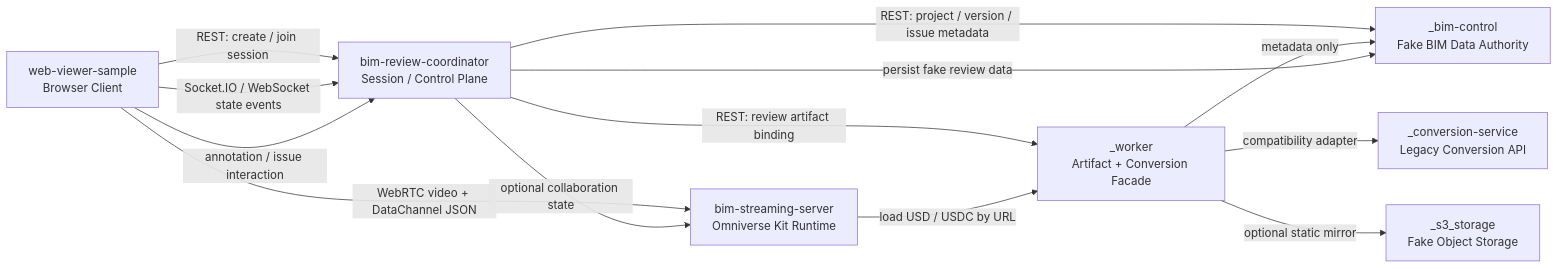
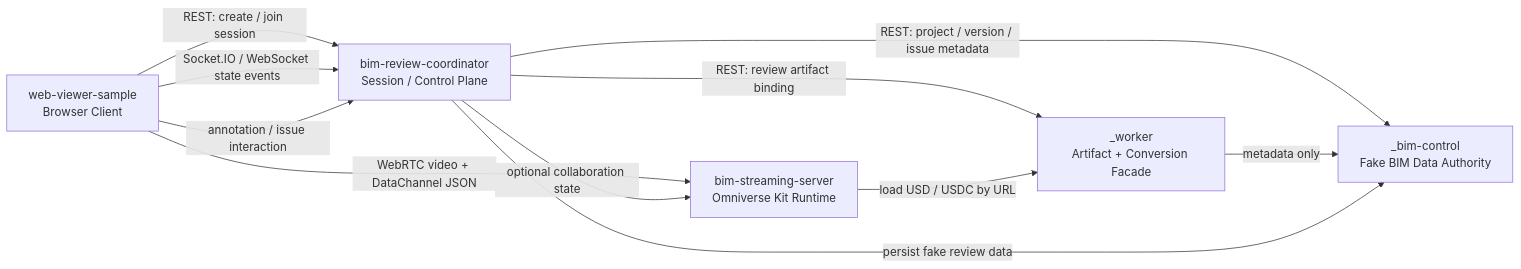
Before and after one commit to monkey1sai/AI-BIM-governance: the first of 6 diagrams in AGENTS.md, drawn with Mermaid. The commit also changed other lines of this file and 107 other files, not shown here.

First line of the commit message:
feat(worker)!: 統一 demo 步驟 ①/② 至 _worker 並退役 legacy storage/conversion 服務

````diff
--- a/AGENTS.md
+++ b/AGENTS.md
@@ -149,23 +142,19 @@
 ```mermaid
 flowchart LR
     BC["_bim-control\nFake BIM Data Authority"]
     WK["_worker\nArtifact + Conversion Facade"]
-    S3["_s3_storage\nFake Object Storage"]
-    CS["_conversion-service\nLegacy Conversion API"]
     CO["bim-review-coordinator\nSession / Control Plane"]
     KIT["bim-streaming-server\nOmniverse Kit Runtime"]
     WV["web-viewer-sample\nBrowser Client"]
 
     WV -->|REST: create / join session| CO
     CO -->|REST: project / version / issue metadata| BC
     CO -->|REST: review artifact binding| WK
     WK -->|metadata only| BC
-    WK -->|compatibility adapter| CS
-    WK -->|optional static mirror| S3
     WV -->|WebRTC video + DataChannel JSON| KIT
     KIT -->|load USD / USDC by URL| WK
     WV -->|Socket.IO / WebSocket state events| CO
     CO -->|optional collaboration state| KIT
     WV -->|annotation / issue interaction| CO
     CO -->|persist fake review data| BC
 ```
````
